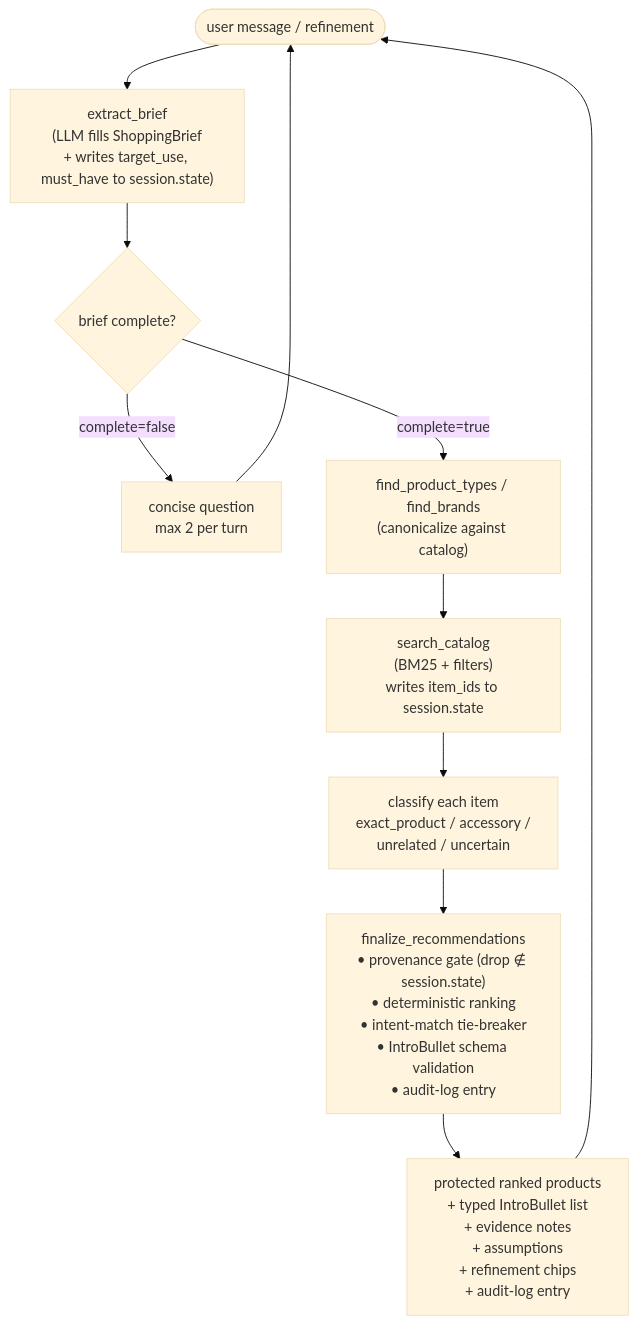
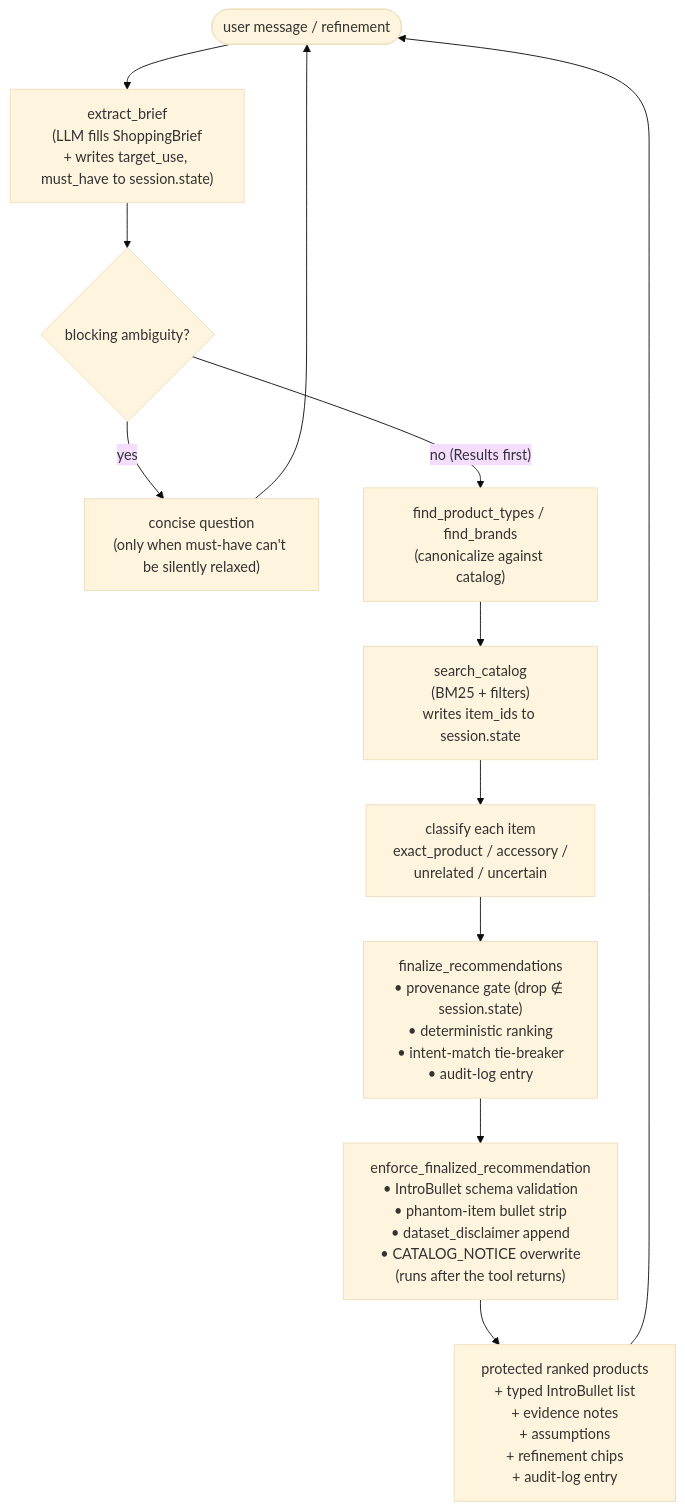
Before and after one commit to rajasingh012/retail-concierge: the second of 5 diagrams in architecture.md, drawn with Mermaid (base theme). The commit also changed other lines of this file and 13 other files, not shown here.

````diff
--- a/architecture.md
+++ b/architecture.md
@@ -56,23 +57,25 @@
 ```mermaid
 flowchart TD
   user(["user message / refinement"])
   brief["extract_brief<br/>(LLM fills ShoppingBrief<br/>+ writes target_use, must_have to session.state)"]
-  qcheck{brief complete?}
-  question["concise question<br/>max 2 per turn"]
+  qcheck{blocking ambiguity?}
+  question["concise question<br/>(only when must-have can't be silently relaxed)"]
   resolve["find_product_types / find_brands<br/>(canonicalize against catalog)"]
   search["search_catalog<br/>(BM25 + filters)<br/>writes item_ids to session.state"]
   classify["classify each item<br/>exact_product / accessory /<br/>unrelated / uncertain"]
-  finalize["finalize_recommendations<br/>• provenance gate (drop ∉ session.state)<br/>• deterministic ranking<br/>• intent-match tie-breaker<br/>• IntroBullet schema validation<br/>• audit-log entry"]
+  finalize["finalize_recommendations<br/>• provenance gate (drop ∉ session.state)<br/>• deterministic ranking<br/>• intent-match tie-breaker<br/>• audit-log entry"]
+  finalize2["enforce_finalized_recommendation<br/>• IntroBullet schema validation<br/>• phantom-item bullet strip<br/>• dataset_disclaimer append<br/>• CATALOG_NOTICE overwrite<br/>(runs after the tool returns)"]
   out["protected ranked products<br/>+ typed IntroBullet list<br/>+ evidence notes<br/>+ assumptions<br/>+ refinement chips<br/>+ audit-log entry"]
 
   user --> brief
   brief --> qcheck
-  qcheck -- "complete=false" --> question
-  qcheck -- "complete=true" --> resolve
+  qcheck -- "yes" --> question
+  qcheck -- "no (Results first)" --> resolve
   question --> user
   resolve --> search
   search --> classify
   classify --> finalize
-  finalize --> out
+  finalize --> finalize2
+  finalize2 --> out
   out --> user
 ```
````
